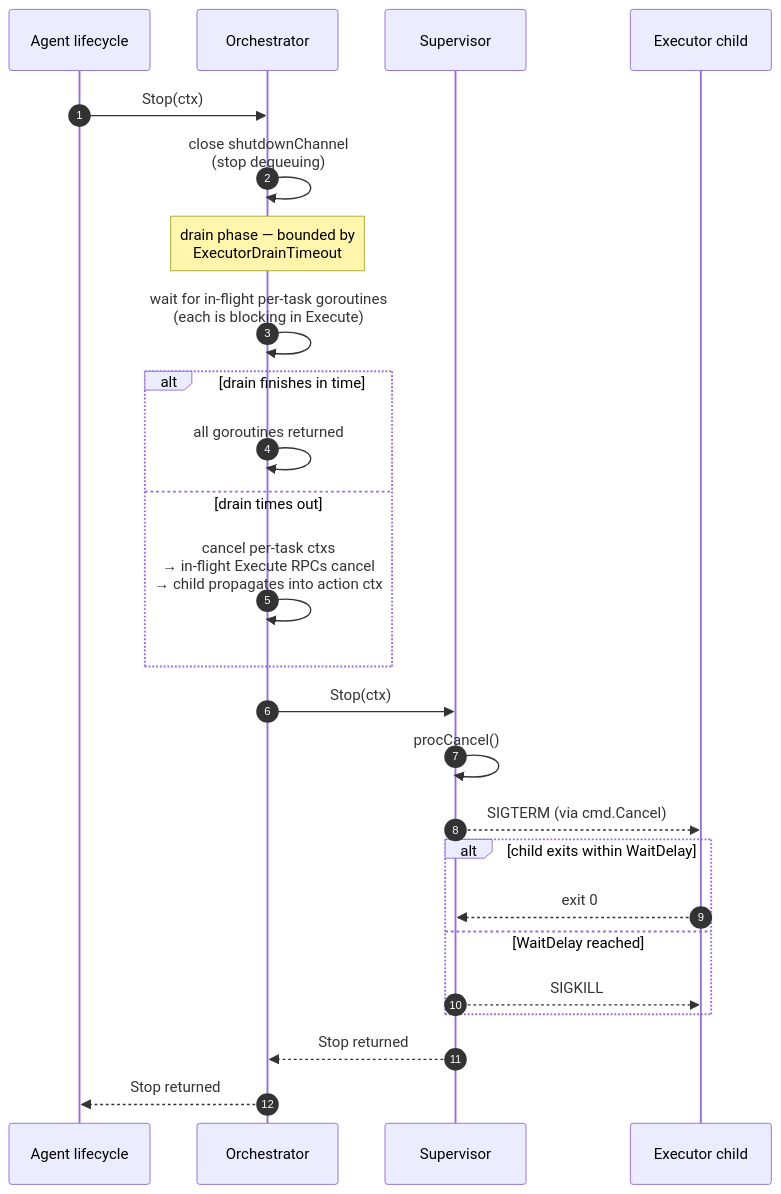
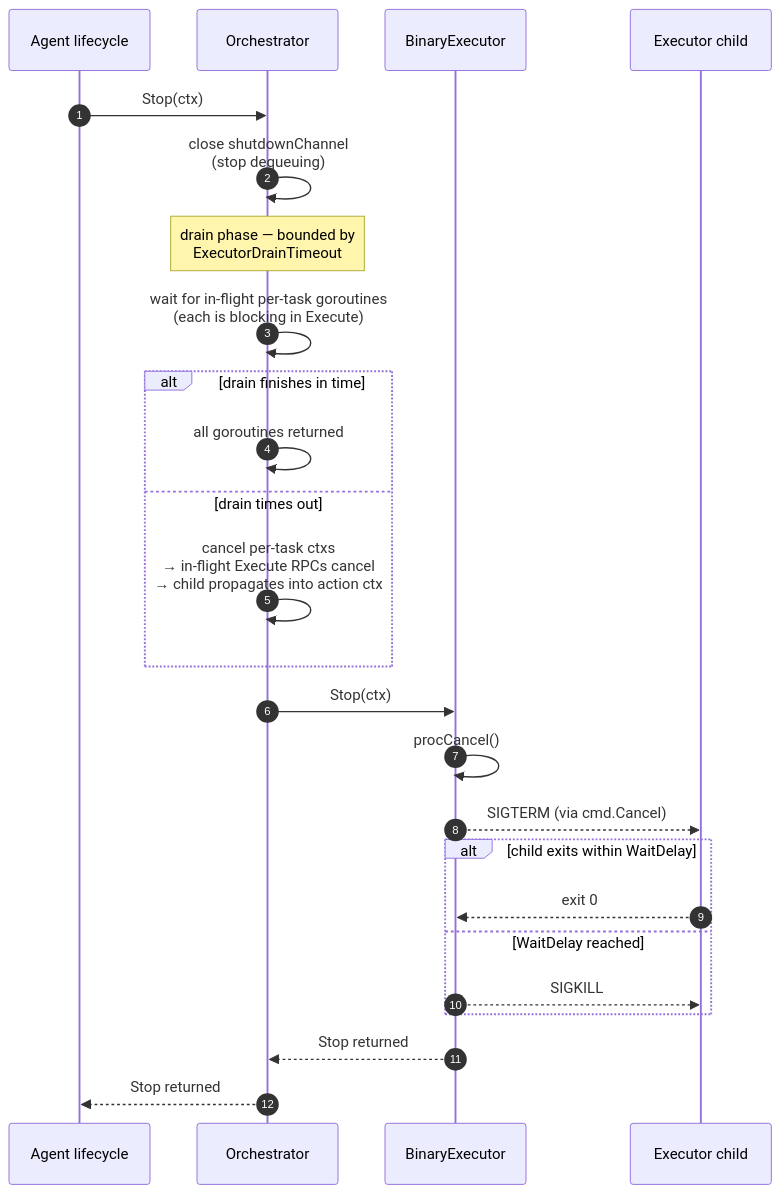
One commit to DataDog/datadog-agent changed the third of 3 diagrams in pkg/privateactionrunner/ARCHITECTURE.md. Above: the diagram before and after it, drawn with Mermaid. The commit also changed other lines of this file and 1273 other files, not shown here.

````diff
--- a/pkg/privateactionrunner/ARCHITECTURE.md
+++ b/pkg/privateactionrunner/ARCHITECTURE.md
@@ -108,33 +115,33 @@
 ```mermaid
 sequenceDiagram
     autonumber
     participant L as Agent lifecycle
     participant O as Orchestrator
-    participant S as Supervisor
+    participant BE as BinaryExecutor
     participant C as Executor child
 
     L->>O: Stop(ctx)
     O->>O: close shutdownChannel<br/>(stop dequeuing)
 
     Note over O: drain phase — bounded by<br/>ExecutorDrainTimeout
     O->>O: wait for in-flight per-task goroutines<br/>(each is blocking in Execute)
 
     alt drain finishes in time
         O->>O: all goroutines returned
     else drain times out
         O->>O: cancel per-task ctxs<br/>→ in-flight Execute RPCs cancel<br/>→ child propagates into action ctx
     end
 
-    O->>S: Stop(ctx)
-    S->>S: procCancel()
-    S-->>C: SIGTERM (via cmd.Cancel)
+    O->>BE: Stop(ctx)
+    BE->>BE: procCancel()
+    BE-->>C: SIGTERM (via cmd.Cancel)
 
     alt child exits within WaitDelay
-        C-->>S: exit 0
+        C-->>BE: exit 0
     else WaitDelay reached
-        S-->>C: SIGKILL
+        BE-->>C: SIGKILL
     end
 
-    S-->>O: Stop returned
+    BE-->>O: Stop returned
     O-->>L: Stop returned
 ```
````
